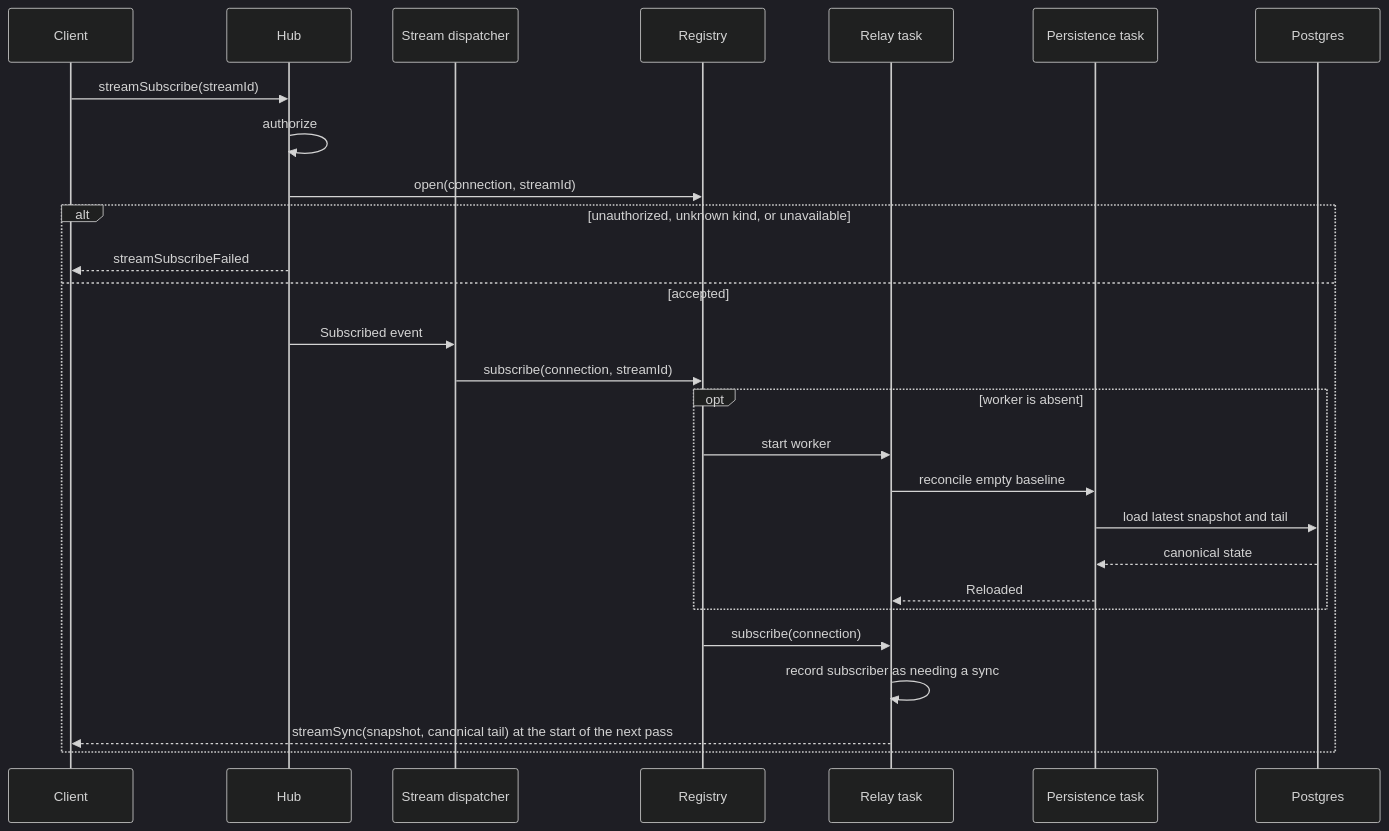
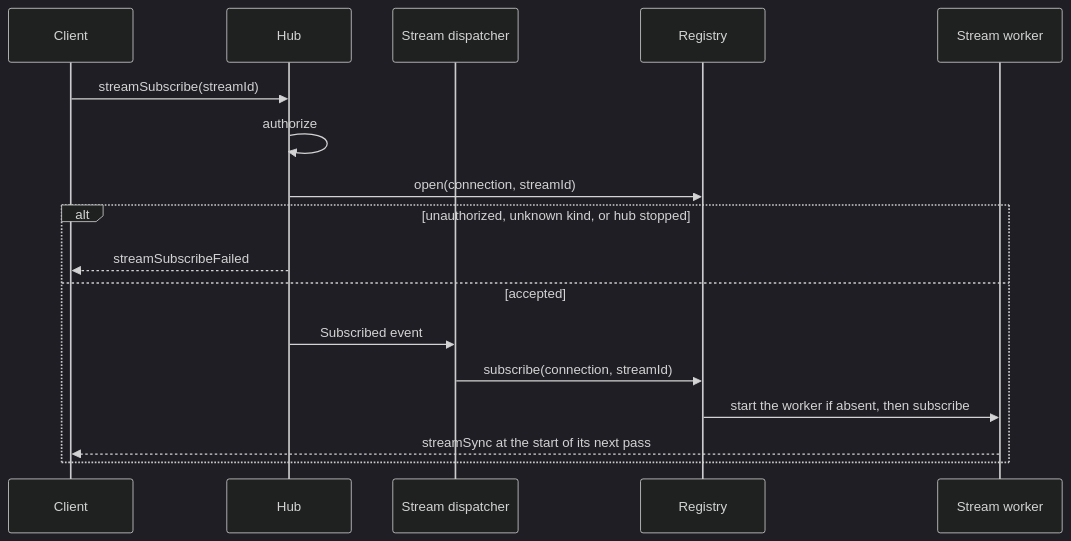
The second of 3 diagrams in docs/services/builder/hub.md (gzp79/shine-services), drawn with Mermaid (dark theme) before and after one commit. The commit also changed other lines of this file and 5 other files, not shown here.

````diff
--- a/docs/services/builder/hub.md
+++ b/docs/services/builder/hub.md
@@ -95,30 +37,20 @@
 ```mermaid
 sequenceDiagram
     participant C as Client
     participant H as Hub
     participant D as Stream dispatcher
     participant R as Registry
-    participant A as Relay task
-    participant P as Persistence task
-    participant L as Postgres
+    participant W as Stream worker
 
     C->>H: streamSubscribe(streamId)
     H->>H: authorize
     H->>R: open(connection, streamId)
-    alt unauthorized, unknown kind, or unavailable
+    alt unauthorized, unknown kind, or hub stopped
         H-->>C: streamSubscribeFailed
     else accepted
         H->>D: Subscribed event
         D->>R: subscribe(connection, streamId)
-        opt worker is absent
-            R->>A: start worker
-            A->>P: reconcile empty baseline
-            P->>L: load latest snapshot and tail
-            L-->>P: canonical state
-            P-->>A: Reloaded
-        end
-        R->>A: subscribe(connection)
-        A->>A: record subscriber as needing a sync
-        A-->>C: streamSync(snapshot, canonical tail) at the start of the next pass
+        R->>W: start the worker if absent, then subscribe
+        W-->>C: streamSync at the start of its next pass
     end
 ```
````
